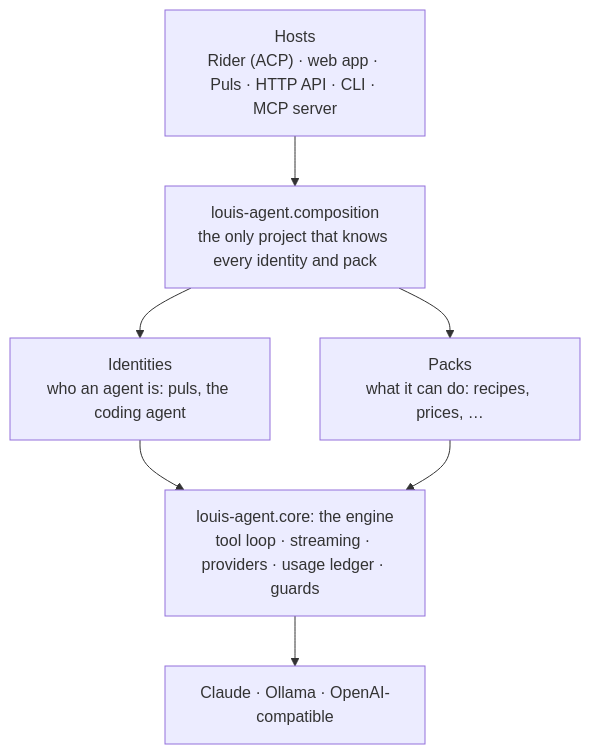
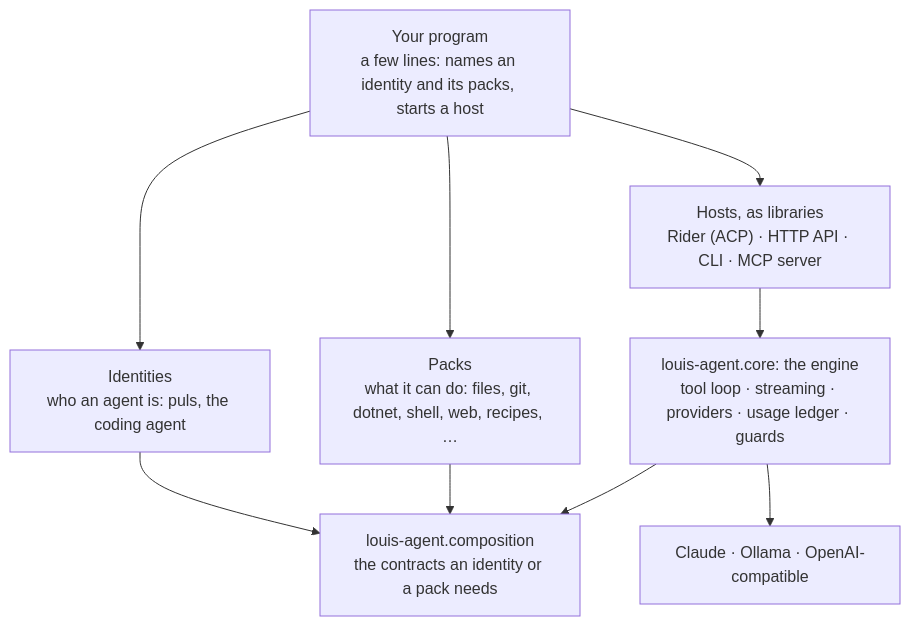
One commit to bosbevk/louis-agent changed the diagram in README.md. Above: the diagram before and after it, drawn with Mermaid. The commit also changed other lines of this file and 2 other files, not shown here.

First line of the commit message:
docs(f57): step 9 - the README and the architecture show the films, and the structure

````diff
--- a/README.md
+++ b/README.md
@@ -40,15 +46,18 @@
 ```mermaid
 flowchart TB
-    hosts["Hosts<br/>Rider (ACP) · web app · Puls · HTTP API · CLI · MCP server"]
-    comp["louis-agent.composition<br/>the only project that knows every identity and pack"]
+    program["Your program<br/>a few lines: names an identity and its packs, starts a host"]
+    hosts["Hosts, as libraries<br/>Rider (ACP) · HTTP API · CLI · MCP server"]
     ids["Identities<br/>who an agent is: puls, the coding agent"]
-    packs["Packs<br/>what it can do: recipes, prices, …"]
+    packs["Packs<br/>what it can do: files, git, dotnet, shell, web, recipes, …"]
+    contracts["louis-agent.composition<br/>the contracts an identity or a pack needs"]
     core["louis-agent.core: the engine<br/>tool loop · streaming · providers · usage ledger · guards"]
     llm["Claude · Ollama · OpenAI-compatible"]
-    hosts --> comp
-    comp --> ids
-    comp --> packs
-    ids --> core
-    packs --> core
+    program --> hosts
+    program --> ids
+    program --> packs
+    hosts --> core
+    ids --> contracts
+    packs --> contracts
+    core --> contracts
     core --> llm
 ```
````
